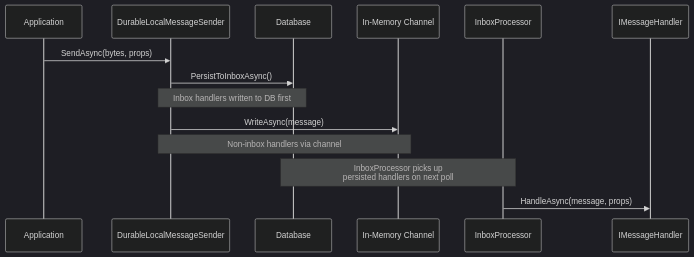
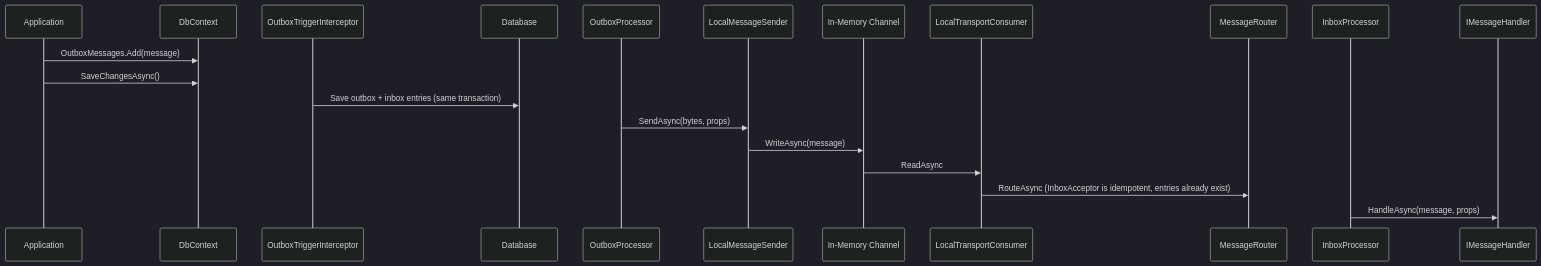
Before and after one commit to saithis/Ratatoskr: the ninth of 9 diagrams in docs/architecture.md, drawn with Mermaid (dark theme). The commit also changed other lines of this file and 33 other files, not shown here.

````diff
--- a/docs/architecture.md
+++ b/docs/architecture.md
@@ -319,17 +321,23 @@
 ```mermaid
 sequenceDiagram
     participant App as Application
-    participant DLS as DurableLocalMessageSender
+    participant Db as DbContext
+    participant Int as OutboxTriggerInterceptor
     participant DB as Database
+    participant OP as OutboxProcessor
+    participant S as LocalMessageSender
     participant Ch as In-Memory Channel
+    participant C as LocalTransportConsumer
+    participant R as MessageRouter
     participant IP as InboxProcessor
     participant H as IMessageHandler
 
-    App->>DLS: SendAsync(bytes, props)
-    DLS->>DB: PersistToInboxAsync()
-    Note over DLS,DB: Inbox handlers written to DB first
-    DLS->>Ch: WriteAsync(message)
-    Note over DLS,Ch: Non-inbox handlers via channel
-    Note over DB,IP: InboxProcessor picks up<br/>persisted handlers on next poll
+    App->>Db: OutboxMessages.Add(message)
+    App->>Db: SaveChangesAsync()
+    Int->>DB: Save outbox + inbox entries (same transaction)
+    OP->>S: SendAsync(bytes, props)
+    S->>Ch: WriteAsync(message)
+    Ch->>C: ReadAsync
+    C->>R: RouteAsync (InboxAcceptor is idempotent, entries already exist)
     IP->>H: HandleAsync(message, props)
 ```
````
